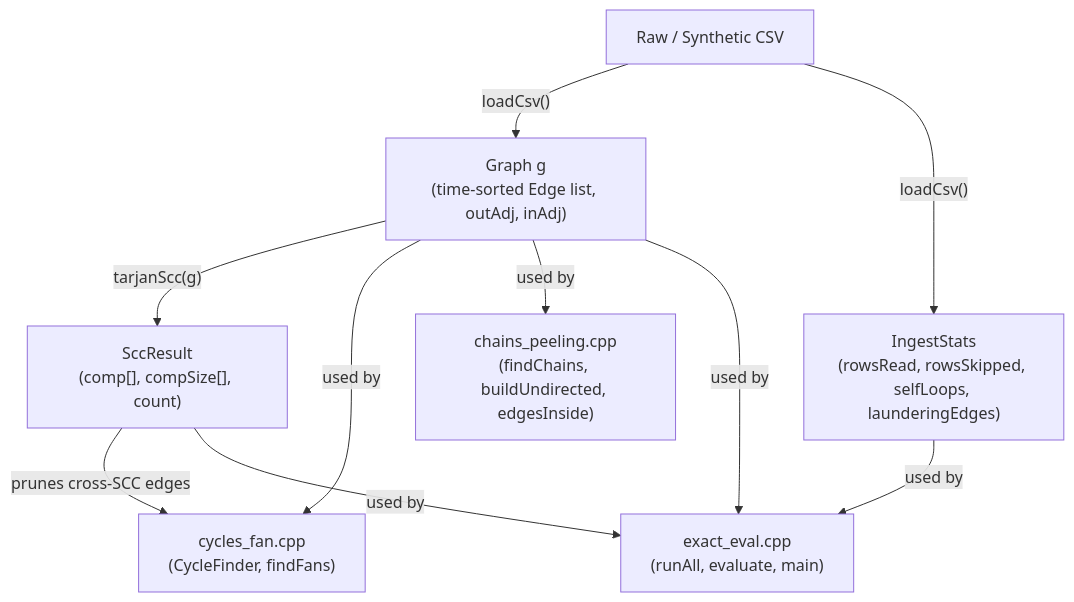
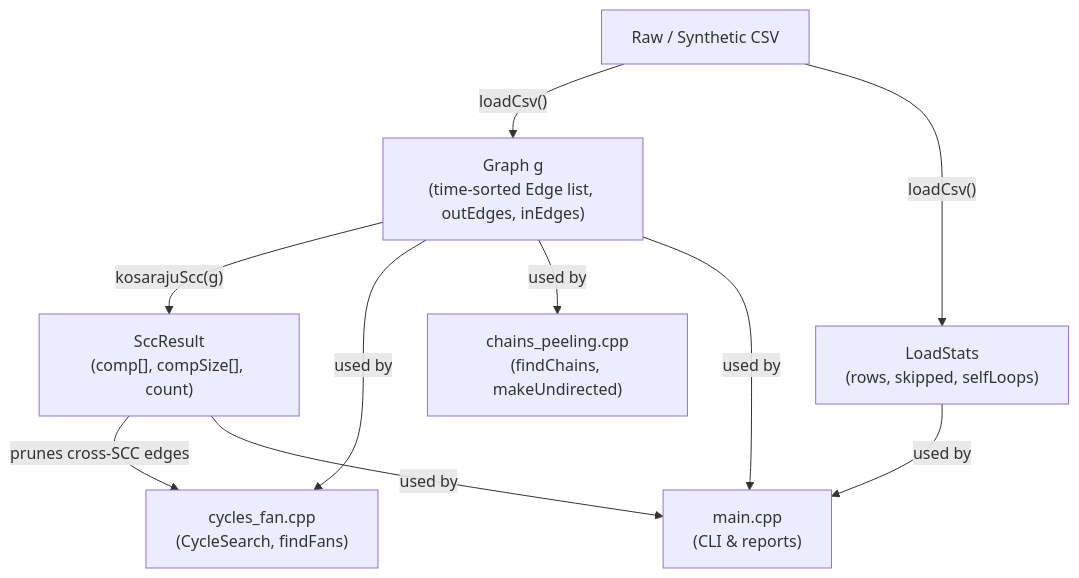
Before and after one commit to Adityaa-Saha17/money-laudering-ring-detection: the diagram in docs/ingest_scc.md, drawn with Mermaid. The commit also changed other lines of this file and 16 other files, not shown here.

````diff
--- a/docs/ingest_scc.md
+++ b/docs/ingest_scc.md
@@ -95,11 +71,11 @@
 ```mermaid
 flowchart TD
-    CSV["Raw / Synthetic CSV"] -->|"loadCsv()"| G["Graph g<br/>(time-sorted Edge list, outAdj, inAdj)"]
-    CSV -->|"loadCsv()"| STATS["IngestStats<br/>(rowsRead, rowsSkipped, selfLoops, launderingEdges)"]
-    G -->|"tarjanScc(g)"| SCC["SccResult<br/>(comp[], compSize[], count)"]
+    CSV["Raw / Synthetic CSV"] -->|"loadCsv()"| G["Graph g<br/>(time-sorted Edge list, outEdges, inEdges)"]
+    CSV -->|"loadCsv()"| STATS["LoadStats<br/>(rows, skipped, selfLoops)"]
+    G -->|"kosarajuScc(g)"| SCC["SccResult<br/>(comp[], compSize[], count)"]
 
-    G -->|"used by"| CF["cycles_fan.cpp<br/>(CycleFinder, findFans)"]
+    G -->|"used by"| CF["cycles_fan.cpp<br/>(CycleSearch, findFans)"]
     SCC -->|"prunes cross-SCC edges"| CF
-    G -->|"used by"| CP["chains_peeling.cpp<br/>(findChains, buildUndirected, edgesInside)"]
-    G & STATS & SCC -->|"used by"| EE["exact_eval.cpp<br/>(runAll, evaluate, main)"]
+    G -->|"used by"| CP["chains_peeling.cpp<br/>(findChains, makeUndirected)"]
+    G & STATS & SCC -->|"used by"| MAIN["main.cpp<br/>(CLI & reports)"]
 ```
````
